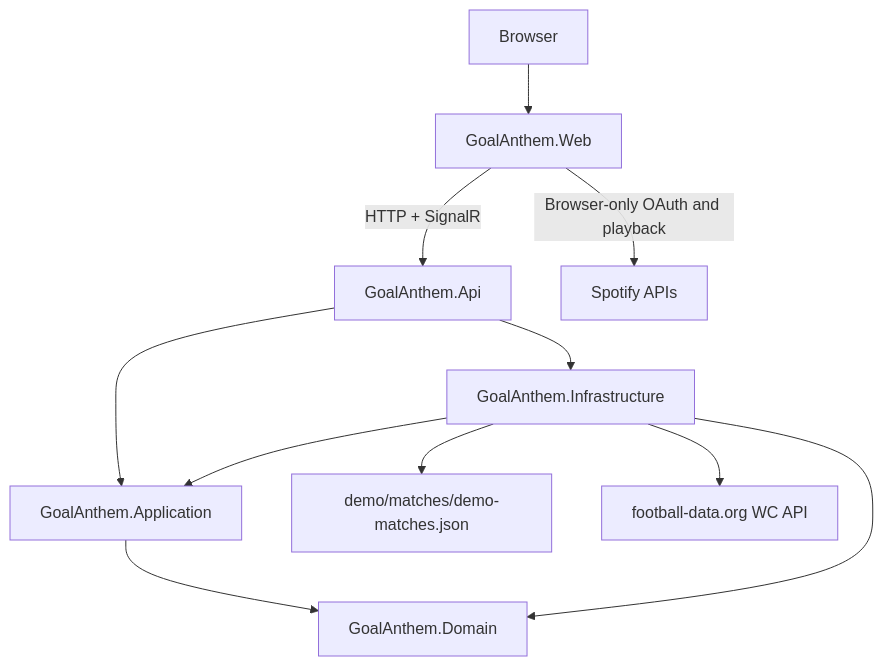
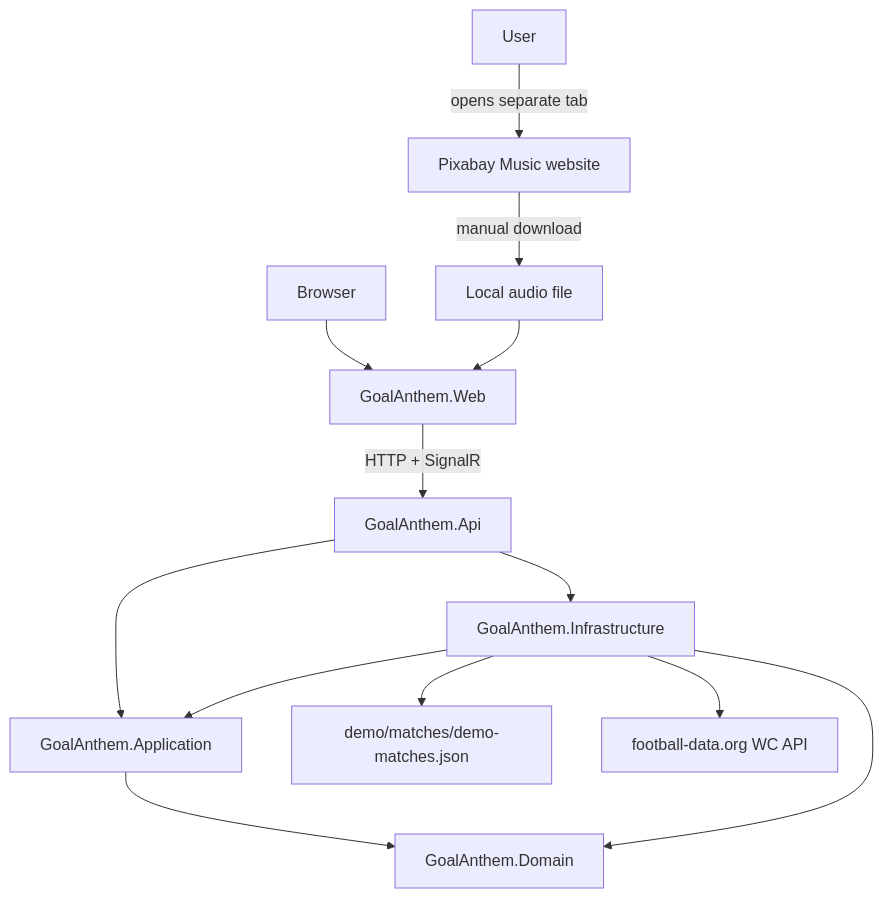
The diagram in docs/architecture/architecture.md (HugoSpangberg/play-your-goal-anthem), drawn with Mermaid before and after one commit. The commit also changed other lines of this file and 7 other files, not shown here.

Commit message:
docs: document pixabay local audio workflow

````diff
--- a/docs/architecture/architecture.md
+++ b/docs/architecture/architecture.md
@@ -5,13 +5,15 @@
 ```mermaid
 flowchart TD
   Browser[Browser] --> Web[GoalAnthem.Web]
   Web -->|HTTP + SignalR| Api[GoalAnthem.Api]
-  Web -->|Browser-only OAuth and playback| Spotify[Spotify APIs]
+  User[User] -->|opens separate tab| Pixabay[Pixabay Music website]
+  Pixabay -->|manual download| LocalFile[Local audio file]
+  LocalFile --> Web
   Api --> App[GoalAnthem.Application]
   Api --> Infra[GoalAnthem.Infrastructure]
   App --> Domain[GoalAnthem.Domain]
   Infra --> App
   Infra --> Domain
   Infra --> Data[demo/matches/demo-matches.json]
   Infra --> FootballData[football-data.org WC API]
 ```
````
